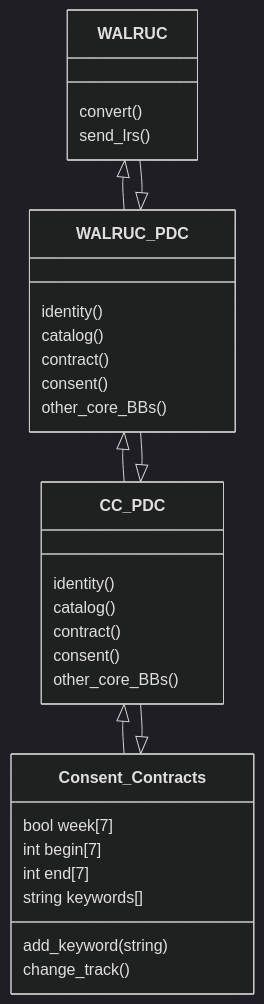
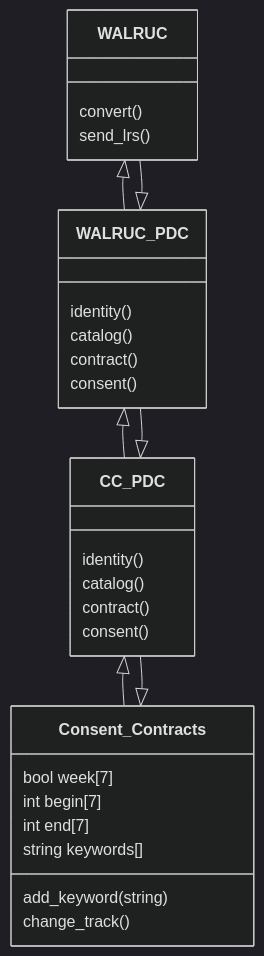
The third of 4 diagrams in docs/Web Analytics Learning Records Universal Connector BB – Design document.md (Prometheus-X-association/walruc), drawn with Mermaid (dark theme) before and after one commit. The commit also changed other lines of this file, not shown here.

````diff
--- a/docs/Web Analytics Learning Records Universal Connector BB – Design document.md
+++ b/docs/Web Analytics Learning Records Universal Connector BB – Design document.md
@@ -322,33 +322,31 @@
 ```mermaid
 classDiagram
    WALRUC <|-- WALRUC_PDC
    WALRUC_PDC <|-- WALRUC
    WALRUC_PDC <|-- CC_PDC
    CC_PDC <|-- WALRUC_PDC
    CC_PDC <|-- Consent_Contracts
    Consent_Contracts <|-- CC_PDC
    WALRUC: convert()
    WALRUC: send_lrs()
    class WALRUC_PDC{
      identity()
      catalog()
      contract()
      consent()
-     other_core_BBs()
    }
    class CC_PDC{
      identity()
      catalog()
      contract()
      consent()
-     other_core_BBs()
    }
    class Consent_Contracts{
      bool week[7]
      int begin[7]
      int end[7]
      string keywords[]
      add_keyword(string)
      change_track()
    }
 ```
````
